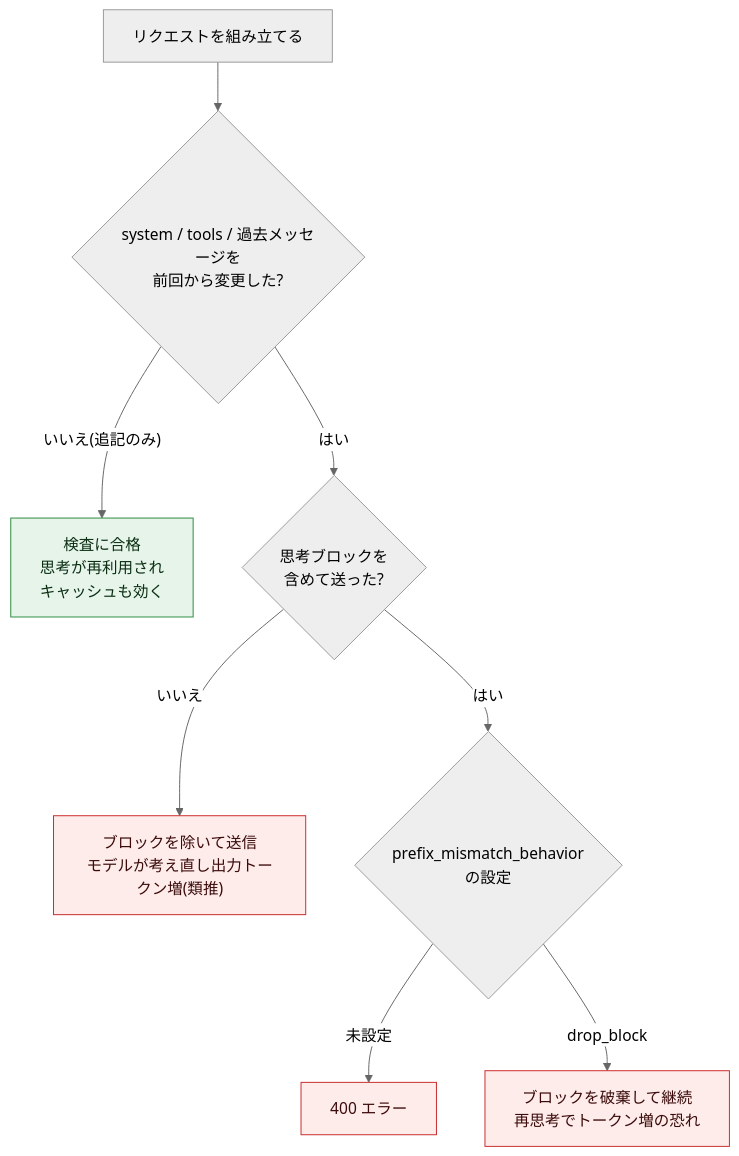
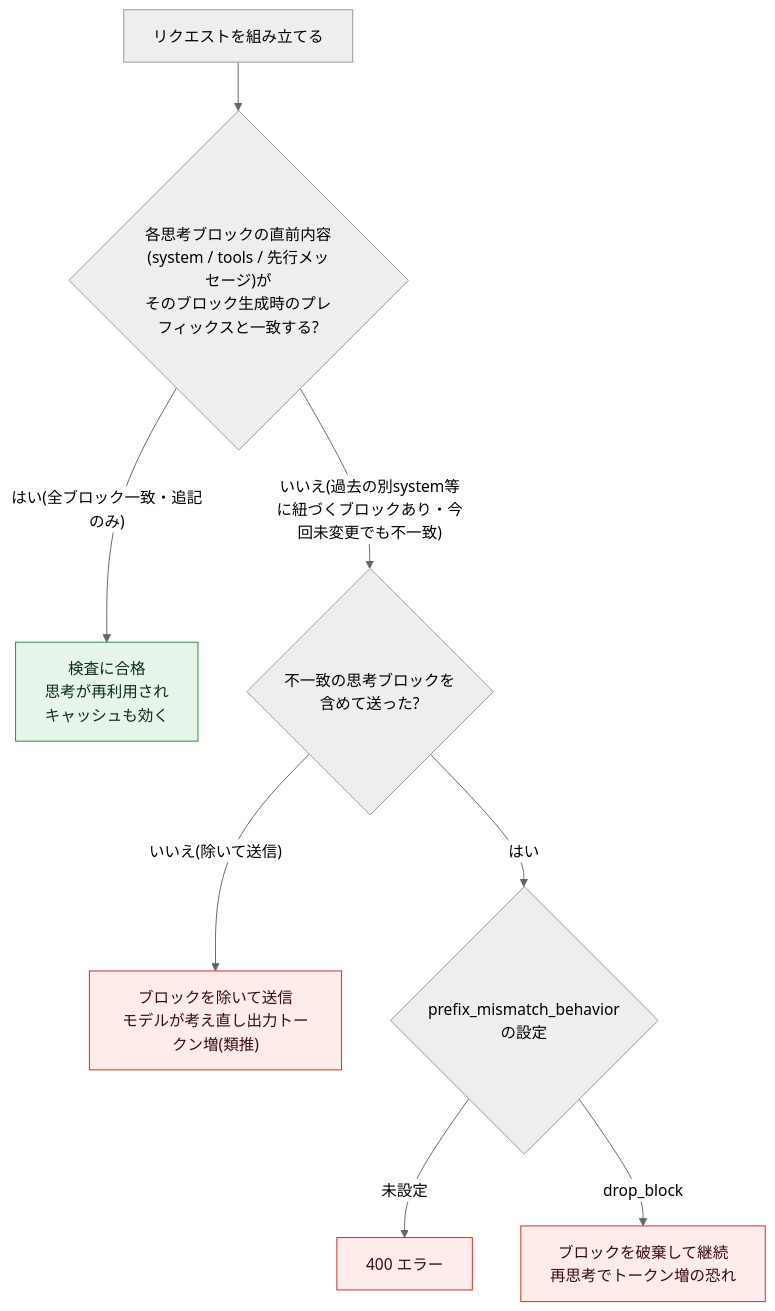
Before and after one commit to myoshi2891/Comparison-of-LLMs: the fourth of 10 diagrams in archive/md/Anthropic/Claude-fable-5-2-best-practices-guide.md, drawn with Mermaid (neutral theme). The commit also changed other lines of this file and 6 other files, not shown here.

Commit message:
fix(web-next): refine prefix mismatch diagram, fallback billing, and agent checkpoints in Fable 5.2

````diff
--- a/archive/md/Anthropic/Claude-fable-5-2-best-practices-guide.md
+++ b/archive/md/Anthropic/Claude-fable-5-2-best-practices-guide.md
@@ -693,15 +709,15 @@
 ```mermaid
 flowchart TD
-    A["リクエストを組み立てる"] --> B{"system / tools / 過去メッセージを<br/>前回から変更した?"}
-    B -- "いいえ(追記のみ)" --> OK["検査に合格<br/>思考が再利用され<br/>キャッシュも効く"]
-    B -- "はい" --> C{"思考ブロックを<br/>含めて送った?"}
-    C -- "いいえ" --> WEAK["ブロックを除いて送信<br/>モデルが考え直し出力トークン増(類推)"]
+    A["リクエストを組み立てる"] --> B{"各思考ブロックの直前内容(system / tools / 先行メッセージ)が<br/>そのブロック生成時のプレフィックスと一致する?"}
+    B -- "はい(全ブロック一致・追記のみ)" --> OK["検査に合格<br/>思考が再利用され<br/>キャッシュも効く"]
+    B -- "いいえ(過去の別system等に紐づくブロックあり・今回未変更でも不一致)" --> C{"不一致の思考ブロックを<br/>含めて送った?"}
+    C -- "いいえ(除いて送信)" --> WEAK["ブロックを除いて送信<br/>モデルが考え直し出力トークン増(類推)"]
     C -- "はい" --> D{"prefix_mismatch_behavior<br/>の設定"}
     D -- "未設定" --> ERR["400 エラー"]
     D -- "drop_block" --> DROP["ブロックを破棄して継続<br/>再思考でトークン増の恐れ"]
 
     classDef ok fill:#e6f4ea,stroke:#2b8a3e,color:#0b2e13
     classDef ng fill:#fdecea,stroke:#c92a2a,color:#3b0b0b
     class OK ok
     class ERR,DROP,WEAK ng
 ```
````
